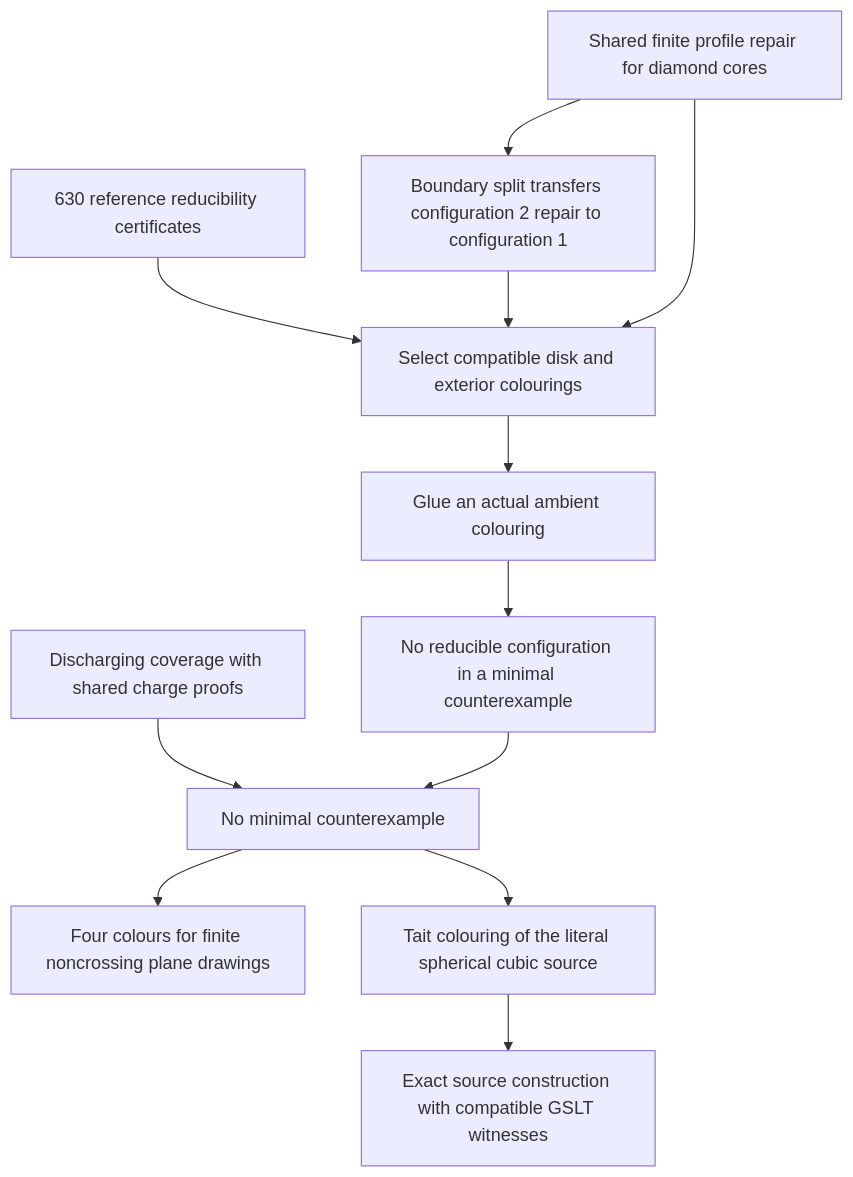
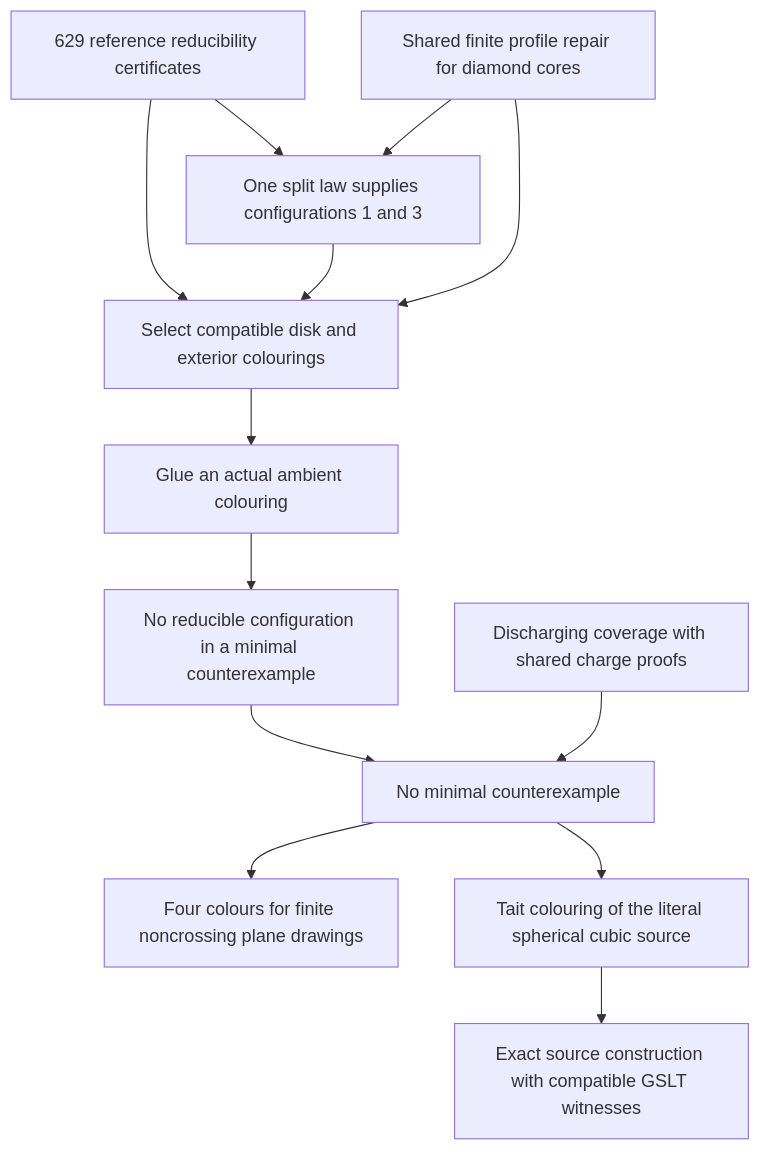
Before and after one commit to godelclaw/MeTTapedia: the second of 2 diagrams in papers/benxiv/fourcolor-compositional/README.md, drawn with Mermaid. The commit also changed other lines of this file and 16 other files, not shown here.

First line of the commit message:
feat(fourcolor): compose shared-tip diamonds and transfer configuration 3 repair

````diff
--- a/papers/benxiv/fourcolor-compositional/README.md
+++ b/papers/benxiv/fourcolor-compositional/README.md
@@ -777,14 +809,15 @@
 ```mermaid
 flowchart TD
-  C[630 reference reducibility certificates] --> R[Select compatible disk and exterior colourings]
-  J[Shared finite profile repair for diamond cores] --> B[Boundary split transfers configuration 2 repair to configuration 1]
+  C[629 reference reducibility certificates] --> R[Select compatible disk and exterior colourings]
+  J[Shared finite profile repair for diamond cores] --> B[One split law supplies configurations 1 and 3]
+  C --> B
   B --> R
   J --> R
   R --> G[Glue an actual ambient colouring]
   G --> M[No reducible configuration in a minimal counterexample]
   D[Discharging coverage with shared charge proofs] --> N[No minimal counterexample]
   M --> N
   N --> P[Four colours for finite noncrossing plane drawings]
   N --> T[Tait colouring of the literal spherical cubic source]
   T --> S[Exact source construction with compatible GSLT witnesses]
 ```
````
